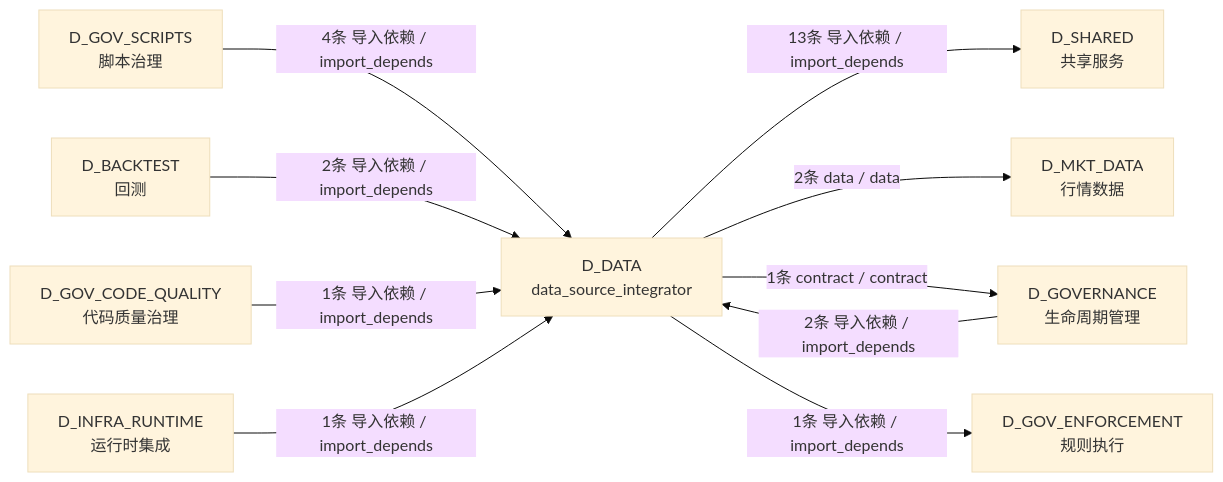
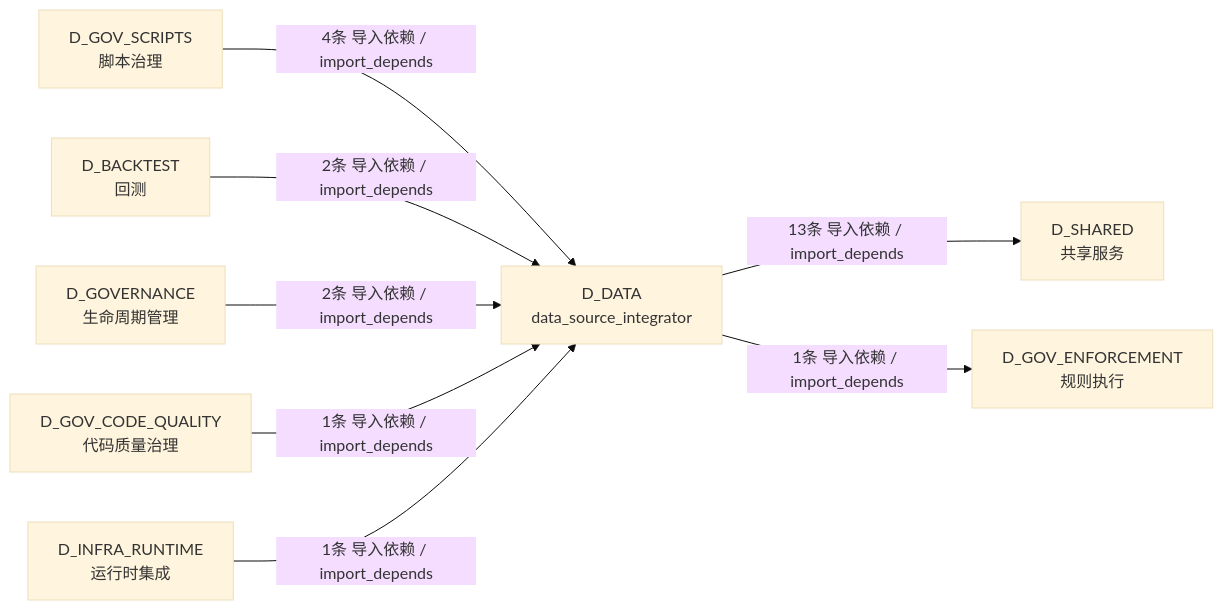
Before and after one commit to xuanFelixVan/ZephyrAlpha: the fifth of 5 diagrams in docs/02_enterprise_architecture/02_domain_architecture_docs/61_d_data.md, drawn with Mermaid (base theme). The commit also changed other lines of this file and 97 other files, not shown here.

````diff
--- a/docs/02_enterprise_architecture/02_domain_architecture_docs/61_d_data.md
+++ b/docs/02_enterprise_architecture/02_domain_architecture_docs/61_d_data.md
@@ -492,21 +486,18 @@
 ```mermaid
 graph LR
     D_DATA["D_DATA<br/>data_source_integrator"]
     D_SHARED["D_SHARED<br/>共享服务"]
-    D_MKT_DATA["D_MKT_DATA<br/>行情数据"]
-    D_GOVERNANCE["D_GOVERNANCE<br/>生命周期管理"]
     D_GOV_ENFORCEMENT["D_GOV_ENFORCEMENT<br/>规则执行"]
     D_GOV_SCRIPTS["D_GOV_SCRIPTS<br/>脚本治理"]
     D_BACKTEST["D_BACKTEST<br/>回测"]
+    D_GOVERNANCE["D_GOVERNANCE<br/>生命周期管理"]
     D_GOV_CODE_QUALITY["D_GOV_CODE_QUALITY<br/>代码质量治理"]
     D_INFRA_RUNTIME["D_INFRA_RUNTIME<br/>运行时集成"]
     D_DATA -->|13条 导入依赖 / import_depends| D_SHARED
-    D_DATA -->|2条 data / data| D_MKT_DATA
-    D_DATA -->|1条 contract / contract| D_GOVERNANCE
     D_DATA -->|1条 导入依赖 / import_depends| D_GOV_ENFORCEMENT
     D_GOV_SCRIPTS -->|4条 导入依赖 / import_depends| D_DATA
     D_BACKTEST -->|2条 导入依赖 / import_depends| D_DATA
     D_GOVERNANCE -->|2条 导入依赖 / import_depends| D_DATA
     D_GOV_CODE_QUALITY -->|1条 导入依赖 / import_depends| D_DATA
     D_INFRA_RUNTIME -->|1条 导入依赖 / import_depends| D_DATA
 ```
````
